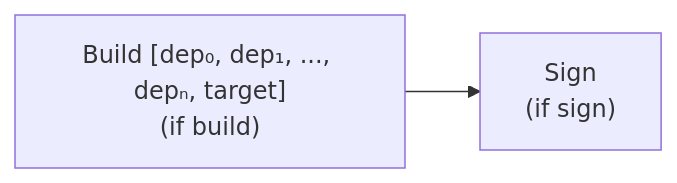
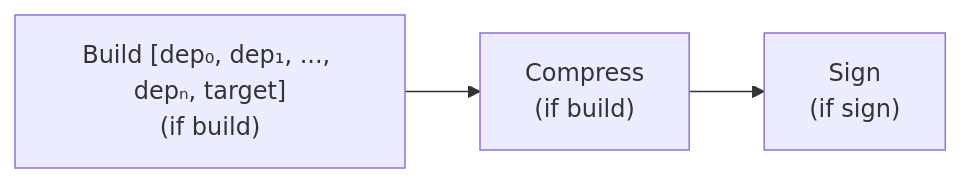
The ninth of 15 diagrams in docs/src/development/proto.md (wavelens/gradient), drawn with Mermaid before and after one commit. The commit also changed other lines of this file and 35 other files, not shown here.

````diff
--- a/docs/src/development/proto.md
+++ b/docs/src/development/proto.md
@@ -306,4 +306,5 @@
 ```mermaid
 graph LR
-    A["Build [dep₀, dep₁, ..., depₙ, target]<br/>(if build)"] --> B["Sign<br/>(if sign)"]
+    A["Build [dep₀, dep₁, ..., depₙ, target]<br/>(if build)"] --> B["Compress<br/>(if build)"]
+    B --> C["Sign<br/>(if sign)"]
 ```
````
